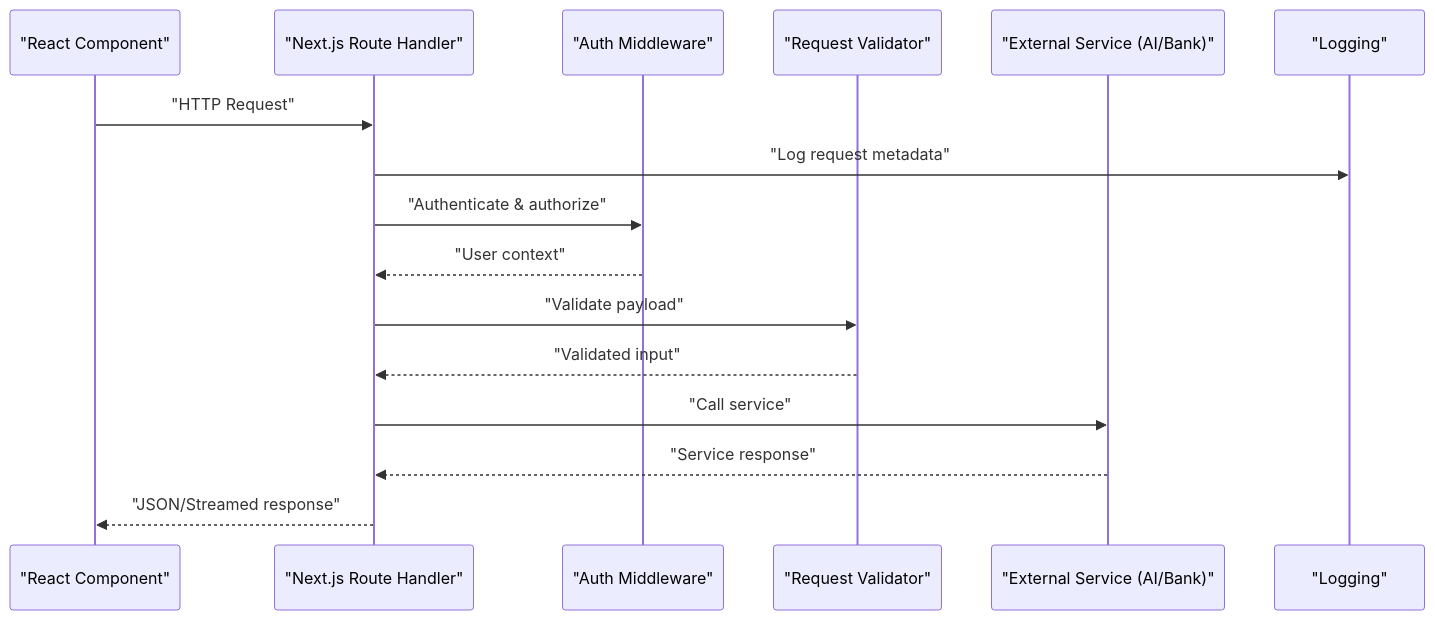
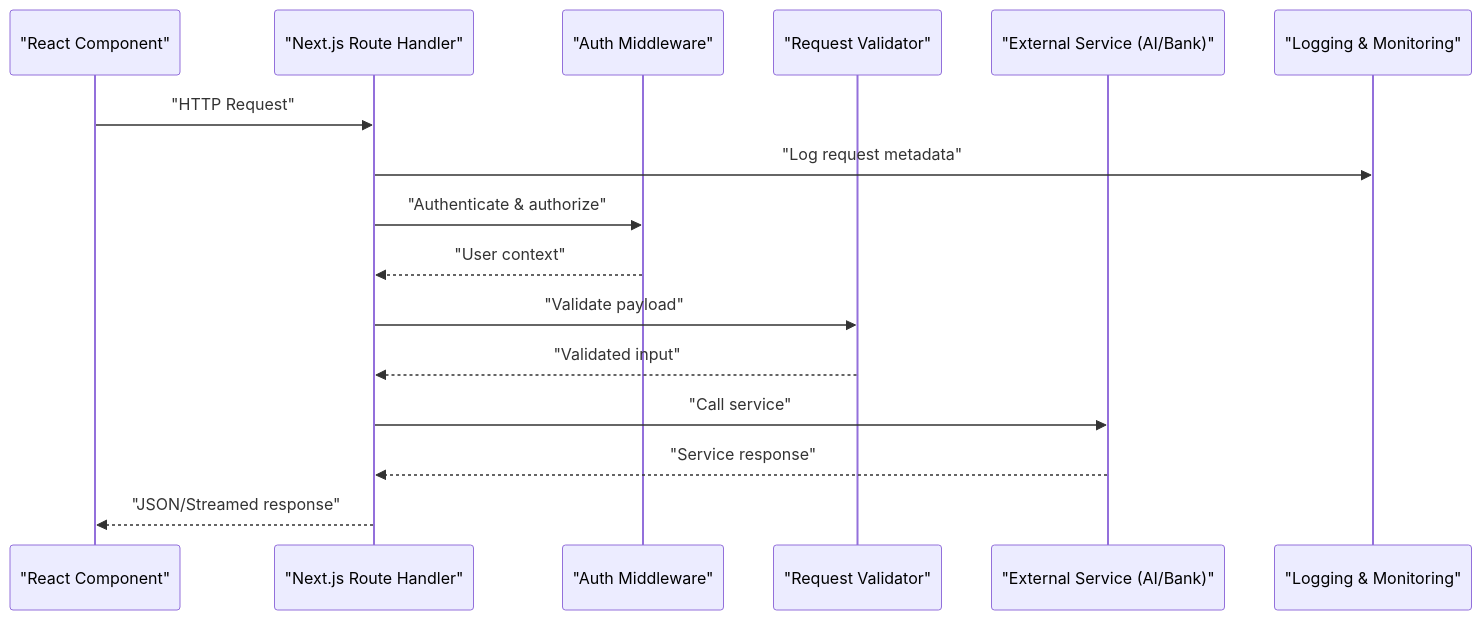
The second of 6 diagrams in .qoder/repowiki/en/content/Architecture Overview/API Architecture.md (alibaba-hackathon-fsi/frontend-vaya), drawn with Mermaid before and after one commit. The commit also changed other lines of this file and 77 other files, not shown here.

````diff
--- a/.qoder/repowiki/en/content/Architecture Overview/API Architecture.md
+++ b/.qoder/repowiki/en/content/Architecture Overview/API Architecture.md
@@ -94,18 +116,18 @@
 ```mermaid
 sequenceDiagram
 participant Client as "React Component"
 participant NextRoute as "Next.js Route Handler"
 participant Auth as "Auth Middleware"
 participant Validator as "Request Validator"
 participant External as "External Service (AI/Bank)"
-participant Logger as "Logging"
+participant Logger as "Logging & Monitoring"
 Client->>NextRoute : "HTTP Request"
 NextRoute->>Logger : "Log request metadata"
 NextRoute->>Auth : "Authenticate & authorize"
 Auth-->>NextRoute : "User context"
 NextRoute->>Validator : "Validate payload"
 Validator-->>NextRoute : "Validated input"
 NextRoute->>External : "Call service"
 External-->>NextRoute : "Service response"
 NextRoute-->>Client : "JSON/Streamed response"
 ```
````
